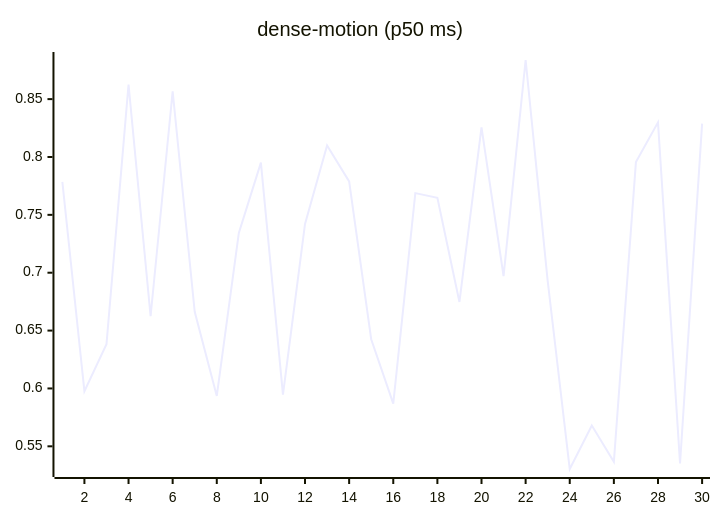
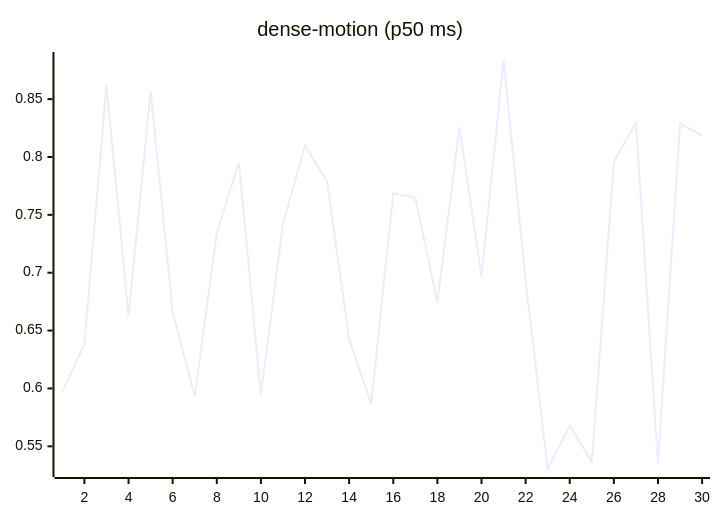
One commit to josha/Facet changed the ninth of 27 diagrams in README.md. Above: the diagram before and after it, drawn with Mermaid. The commit also changed other lines of this file and 2 other files, not shown here.

````diff
--- a/README.md
+++ b/README.md
@@ -119,6 +119,6 @@
 ```mermaid
 xychart-beta
     title "dense-motion (p50 ms)"
     x-axis 1 --> 30
-    line [0.7785, 0.5976, 0.6382, 0.8626, 0.6624, 0.8567, 0.6662, 0.5935, 0.7344, 0.7951, 0.5946, 0.7422, 0.8099, 0.7789, 0.6425, 0.5869, 0.7688, 0.7647, 0.6747, 0.8256, 0.6971, 0.8838, 0.6929, 0.5304, 0.5679, 0.5366, 0.7956, 0.8299, 0.5352, 0.8288]
+    line [0.5976, 0.6382, 0.8626, 0.6624, 0.8567, 0.6662, 0.5935, 0.7344, 0.7951, 0.5946, 0.7422, 0.8099, 0.7789, 0.6425, 0.5869, 0.7688, 0.7647, 0.6747, 0.8256, 0.6971, 0.8838, 0.6929, 0.5304, 0.5679, 0.5366, 0.7956, 0.8299, 0.5352, 0.8288, 0.8187]
 ```
````
